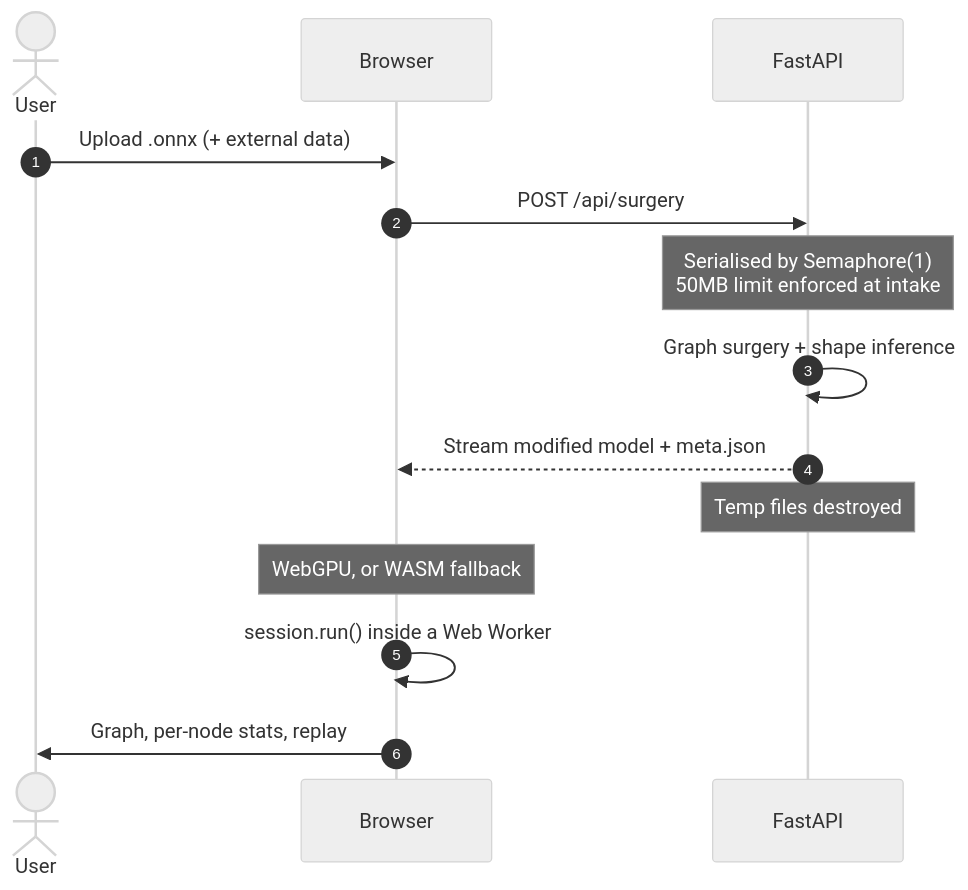
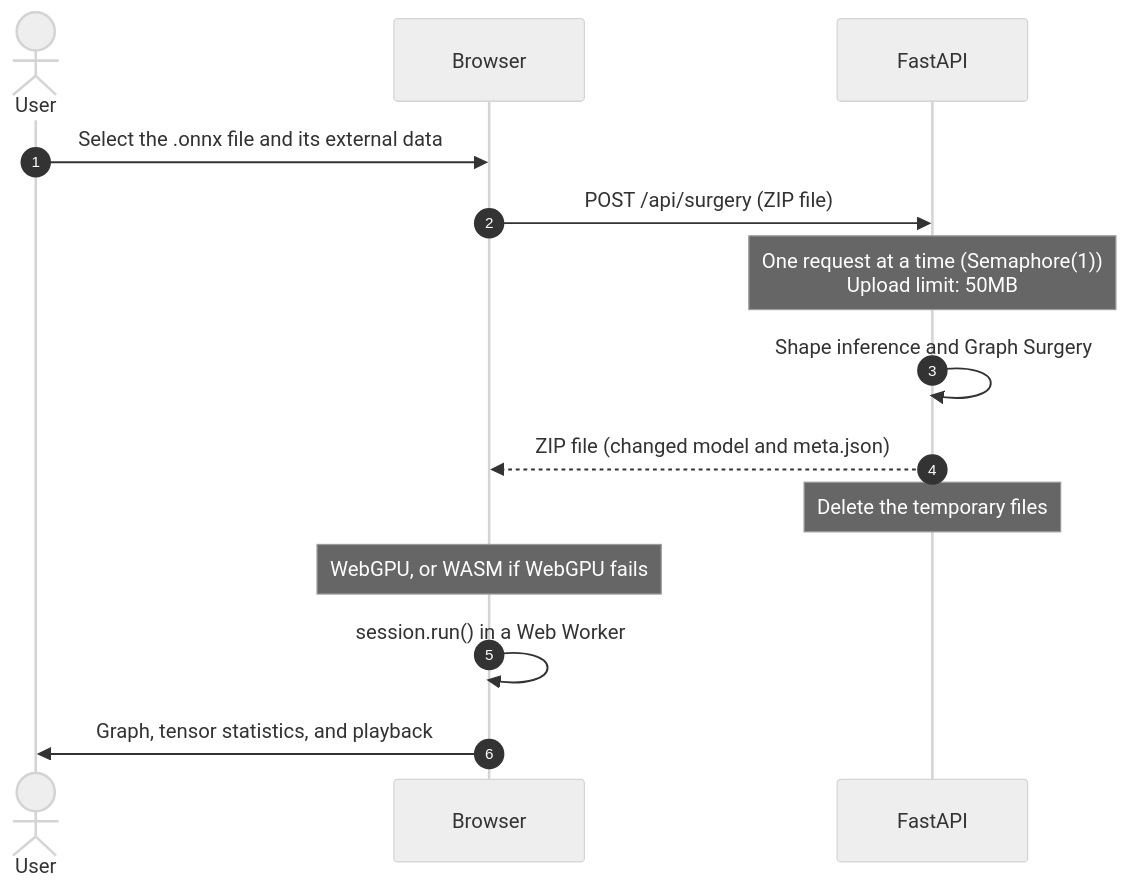
One commit to Utaewook/StringLights changed the diagram in README.md. Above: the diagram before and after it, drawn with Mermaid (neutral theme). The commit also changed other lines of this file and 1 other file, not shown here.

````diff
--- a/README.md
+++ b/README.md
@@ -92,17 +110,17 @@
 ```mermaid
 sequenceDiagram
     autonumber
     actor User
     participant Client as Browser
     participant Server as FastAPI
 
-    User->>Client: Upload .onnx (+ external data)
-    Client->>Server: POST /api/surgery
-    Note over Server: Serialised by Semaphore(1)<br/>50MB limit enforced at intake
-    Server->>Server: Graph surgery + shape inference
-    Server-->>Client: Stream modified model + meta.json
-    Note over Server: Temp files destroyed
-    Note over Client: WebGPU, or WASM fallback
-    Client->>Client: session.run() inside a Web Worker
-    Client->>User: Graph, per-node stats, replay
+    User->>Client: Select the .onnx file and its external data
+    Client->>Server: POST /api/surgery (ZIP file)
+    Note over Server: One request at a time (Semaphore(1))<br/>Upload limit: 50MB
+    Server->>Server: Shape inference and Graph Surgery
+    Server-->>Client: ZIP file (changed model and meta.json)
+    Note over Server: Delete the temporary files
+    Note over Client: WebGPU, or WASM if WebGPU fails
+    Client->>Client: session.run() in a Web Worker
+    Client->>User: Graph, tensor statistics, and playback
 ```
````
